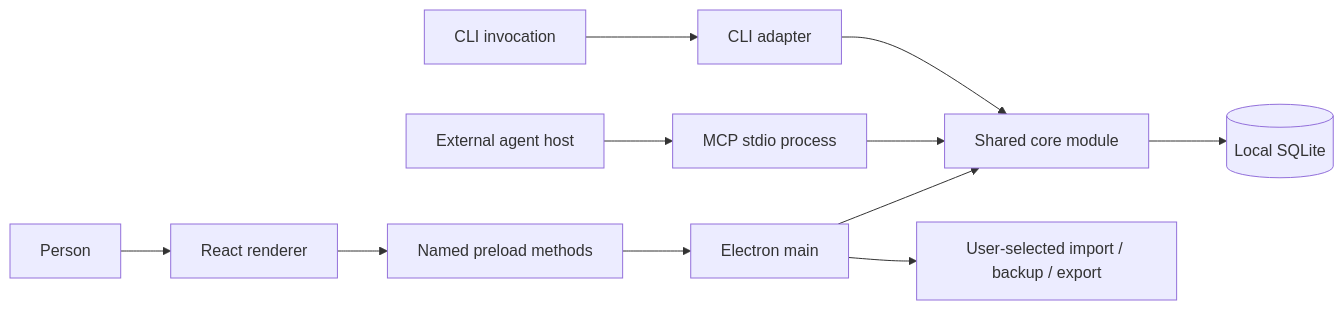
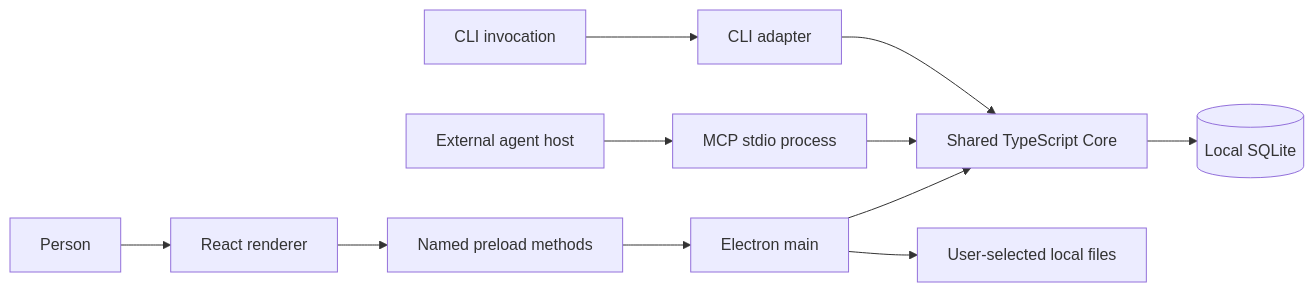
Before and after one commit to li508q/agent-space: the diagram in docs/ARCHITECTURE.md, drawn with Mermaid. The commit also changed other lines of this file and 54 other files, not shown here.

````diff
--- a/docs/ARCHITECTURE.md
+++ b/docs/ARCHITECTURE.md
@@ -9,13 +9,13 @@
 ```mermaid
 flowchart LR
   H[Person] --> UI[React renderer]
   UI --> P[Named preload methods]
   P --> M[Electron main]
   A[External agent host] --> S[MCP stdio process]
   C[CLI invocation] --> T[CLI adapter]
-  M --> K[Shared core module]
+  M --> K[Shared TypeScript Core]
   S --> K
   T --> K
   K --> D[(Local SQLite)]
-  M --> F[User-selected import / backup / export]
+  M --> F[User-selected local files]
 ```
````
